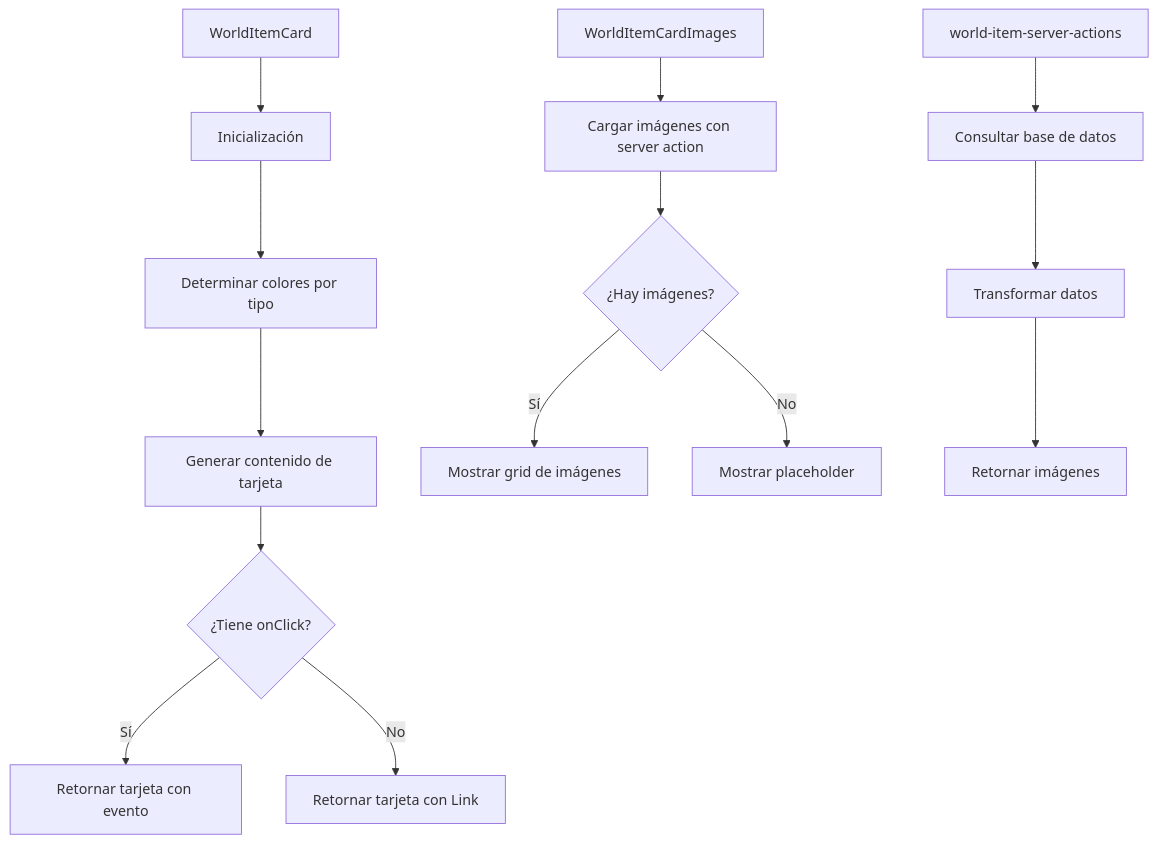
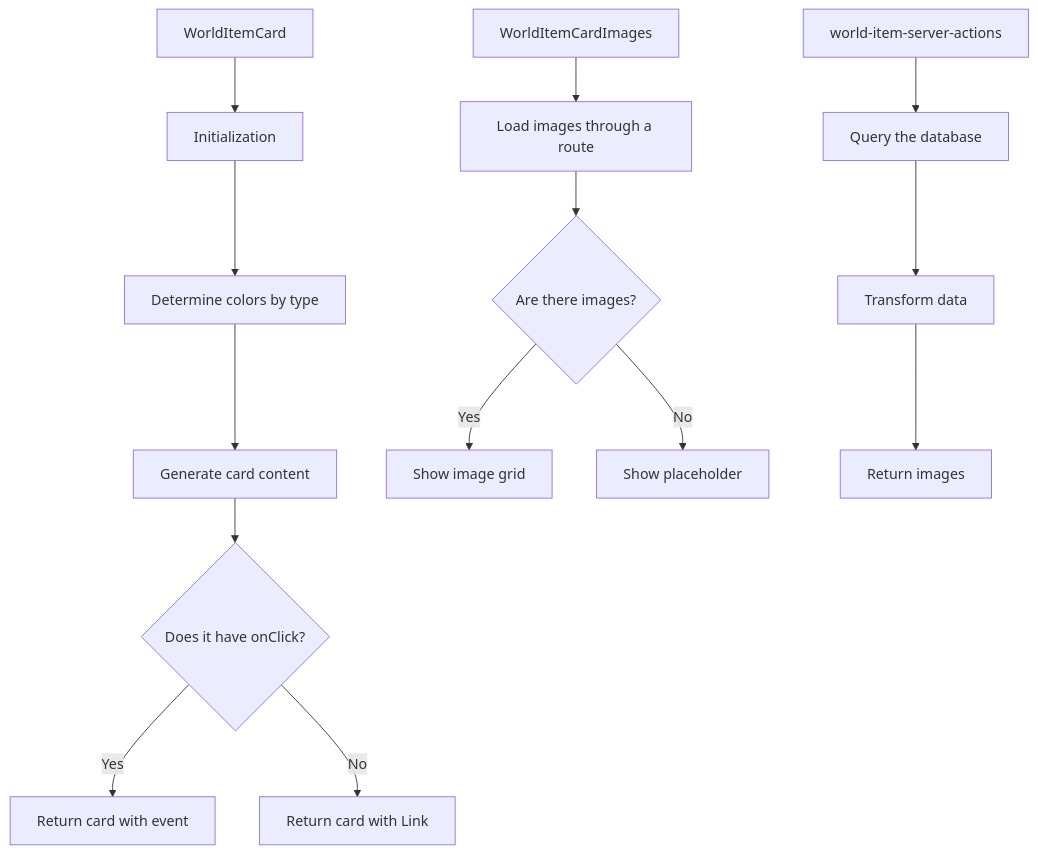
The diagram in src/components/cards/world-item-card/README.md (gvastethecreator/media-manager), drawn with Mermaid before and after one commit. The commit also changed other lines of this file and 104 other files, not shown here.

Commit message:
docs: initialize comprehensive architectural documentation and component-level README files across the repository.

````diff
--- a/src/components/cards/world-item-card/README.md
+++ b/src/components/cards/world-item-card/README.md
@@ -11,18 +13,18 @@
 ```mermaid
 graph TD
-    A[WorldItemCard] --> B[Inicialización]
-    B --> C[Determinar colores por tipo]
-    C --> D[Generar contenido de tarjeta]
-    D --> E{¿Tiene onClick?}
-    E -->|Sí| F[Retornar tarjeta con evento]
-    E -->|No| G[Retornar tarjeta con Link]
+    A[WorldItemCard] --> B[Initialization]
+    B --> C[Determine colors by type]
+    C --> D[Generate card content]
+    D --> E{Does it have onClick?}
+    E -->|Yes| F[Return card with event]
+    E -->|No| G[Return card with Link]
 
-    H[WorldItemCardImages] --> I[Cargar imágenes con server action]
-    I --> J{¿Hay imágenes?}
-    J -->|Sí| K[Mostrar grid de imágenes]
-    J -->|No| L[Mostrar placeholder]
+    H[WorldItemCardImages] --> I[Load images through a route]
+    I --> J{Are there images?}
+    J -->|Yes| K[Show image grid]
+    J -->|No| L[Show placeholder]
 
-    M[world-item-server-actions] --> N[Consultar base de datos]
-    N --> O[Transformar datos]
-    O --> P[Retornar imágenes]
+    M[world-item-server-actions] --> N[Query the database]
+    N --> O[Transform data]
+    O --> P[Return images]
 ```
````
